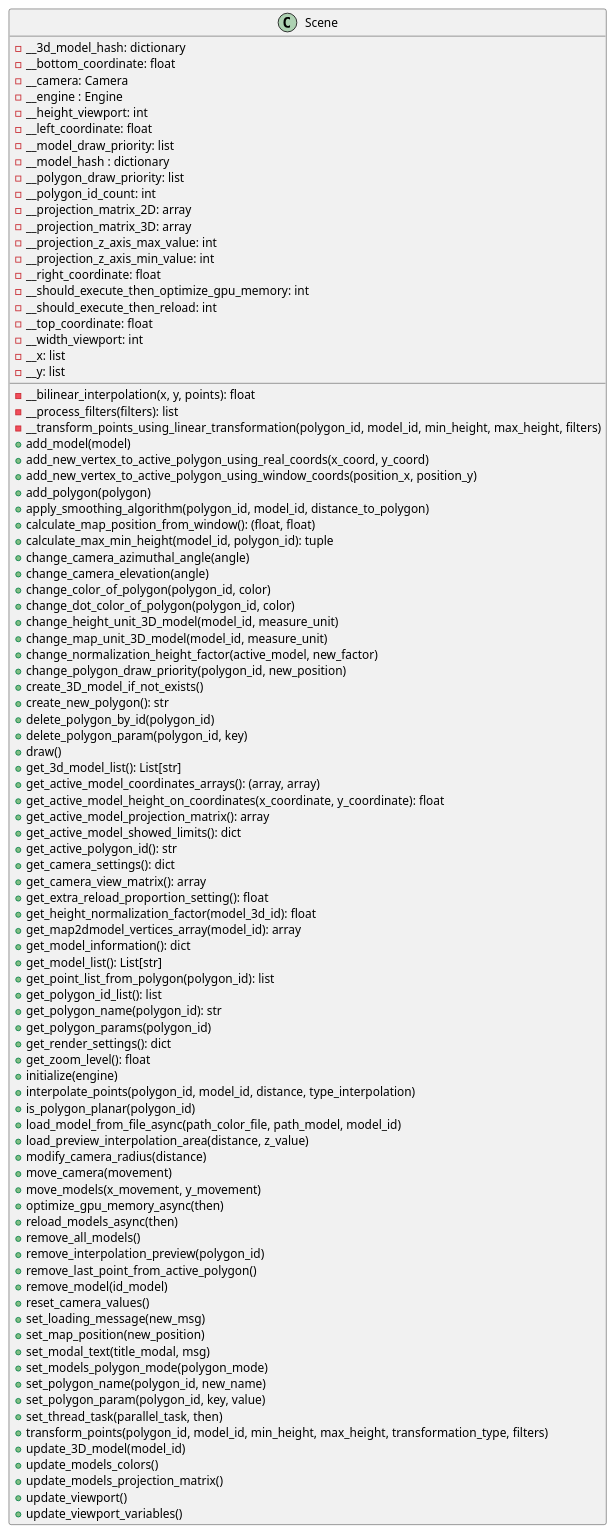
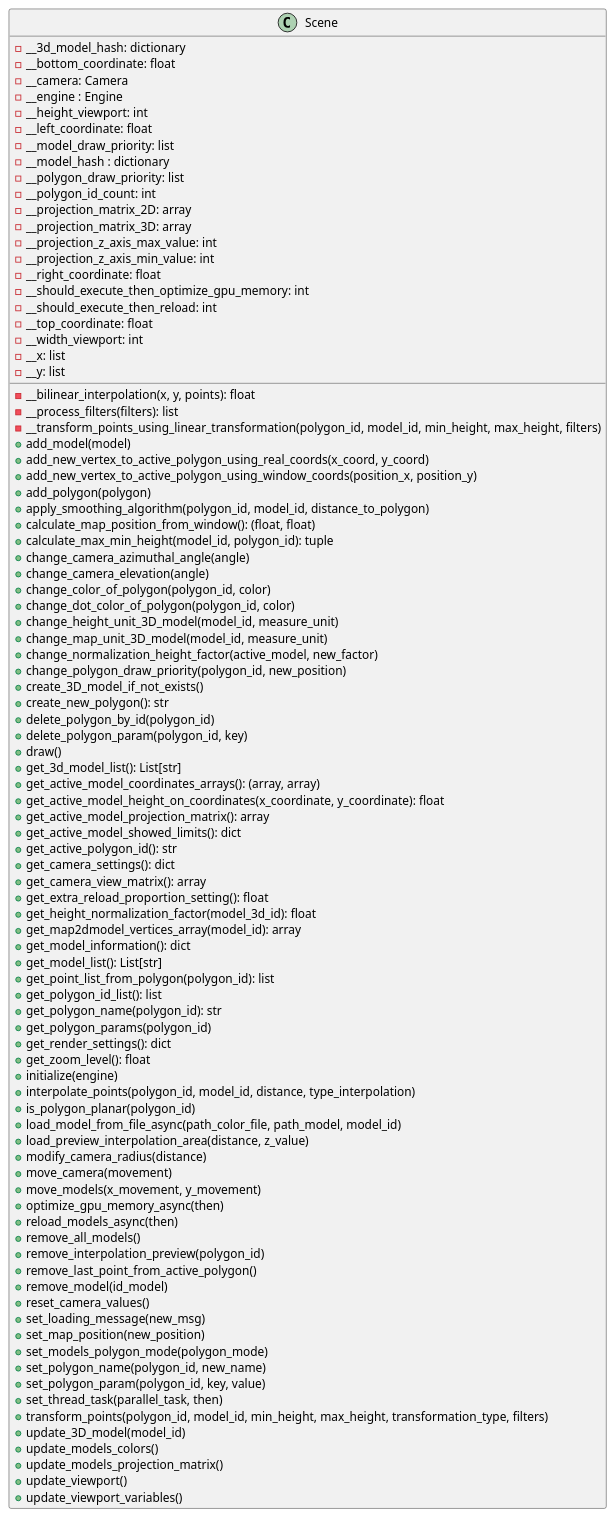
One commit to ferpoble2/Relief_Creator changed the diagram in docs/classes/Scene.puml. Above: the diagram before and after it, drawn with PlantUML. The commit also changed 1 other file, not shown here.

Commit message:
Deleted method set_modal_text.

```diff
--- a/docs/classes/Scene.puml
+++ b/docs/classes/Scene.puml
@@ -1,96 +1,95 @@
 @startuml
             class Scene{
                 - __bilinear_interpolation(x, y, points): float
                 - __process_filters(filters): list
                 - __transform_points_using_linear_transformation(polygon_id, model_id, min_height, max_height, filters)
                 + add_model(model)
                 + add_new_vertex_to_active_polygon_using_real_coords(x_coord, y_coord)
                 + add_new_vertex_to_active_polygon_using_window_coords(position_x, position_y)
                 + add_polygon(polygon)
                 + apply_smoothing_algorithm(polygon_id, model_id, distance_to_polygon)
                 + calculate_map_position_from_window(): (float, float)
                 + calculate_max_min_height(model_id, polygon_id): tuple
                 + change_camera_azimuthal_angle(angle)
                 + change_camera_elevation(angle)
                 + change_color_of_polygon(polygon_id, color)
                 + change_dot_color_of_polygon(polygon_id, color)
                 + change_height_unit_3D_model(model_id, measure_unit)
                 + change_map_unit_3D_model(model_id, measure_unit)
                 + change_normalization_height_factor(active_model, new_factor)
                 + change_polygon_draw_priority(polygon_id, new_position)
                 + create_3D_model_if_not_exists()
                 + create_new_polygon(): str
                 + delete_polygon_by_id(polygon_id)
                 + delete_polygon_param(polygon_id, key)
                 + draw()
                 + get_3d_model_list(): List[str]
                 + get_active_model_coordinates_arrays(): (array, array)
                 + get_active_model_height_on_coordinates(x_coordinate, y_coordinate): float
                 + get_active_model_projection_matrix(): array
                 + get_active_model_showed_limits(): dict
                 + get_active_polygon_id(): str
                 + get_camera_settings(): dict
                 + get_camera_view_matrix(): array
                 + get_extra_reload_proportion_setting(): float
                 + get_height_normalization_factor(model_3d_id): float
                 + get_map2dmodel_vertices_array(model_id): array
                 + get_model_information(): dict
                 + get_model_list(): List[str]
                 + get_point_list_from_polygon(polygon_id): list
                 + get_polygon_id_list(): list
                 + get_polygon_name(polygon_id): str
                 + get_polygon_params(polygon_id)
                 + get_render_settings(): dict
                 + get_zoom_level(): float
                 + initialize(engine)
                 + interpolate_points(polygon_id, model_id, distance, type_interpolation)
                 + is_polygon_planar(polygon_id)
                 + load_model_from_file_async(path_color_file, path_model, model_id)
                 + load_preview_interpolation_area(distance, z_value)
                 + modify_camera_radius(distance)
                 + move_camera(movement)
                 + move_models(x_movement, y_movement)
                 + optimize_gpu_memory_async(then)
                 + reload_models_async(then)
                 + remove_all_models()
                 + remove_interpolation_preview(polygon_id)
                 + remove_last_point_from_active_polygon()
                 + remove_model(id_model)
                 + reset_camera_values()
                 + set_loading_message(new_msg)
                 + set_map_position(new_position)
-                + set_modal_text(title_modal, msg)
                 + set_models_polygon_mode(polygon_mode)
                 + set_polygon_name(polygon_id, new_name)
                 + set_polygon_param(polygon_id, key, value)
                 + set_thread_task(parallel_task, then)
                 + transform_points(polygon_id, model_id, min_height, max_height, transformation_type, filters)
                 + update_3D_model(model_id)
                 + update_models_colors()
                 + update_models_projection_matrix()
                 + update_viewport()
                 + update_viewport_variables()
 
                 - __3d_model_hash: dictionary
                 - __bottom_coordinate: float
                 - __camera: Camera
                 - __engine : Engine
                 - __height_viewport: int
                 - __left_coordinate: float
                 - __model_draw_priority: list
                 - __model_hash : dictionary
                 - __polygon_draw_priority: list
                 - __polygon_id_count: int
                 - __projection_matrix_2D: array
                 - __projection_matrix_3D: array
                 - __projection_z_axis_max_value: int
                 - __projection_z_axis_min_value: int
                 - __right_coordinate: float
                 - __should_execute_then_optimize_gpu_memory: int
                 - __should_execute_then_reload: int
                 - __top_coordinate: float
                 - __width_viewport: int
                 - __x: list
                 - __y: list
             }
 @enduml
```
